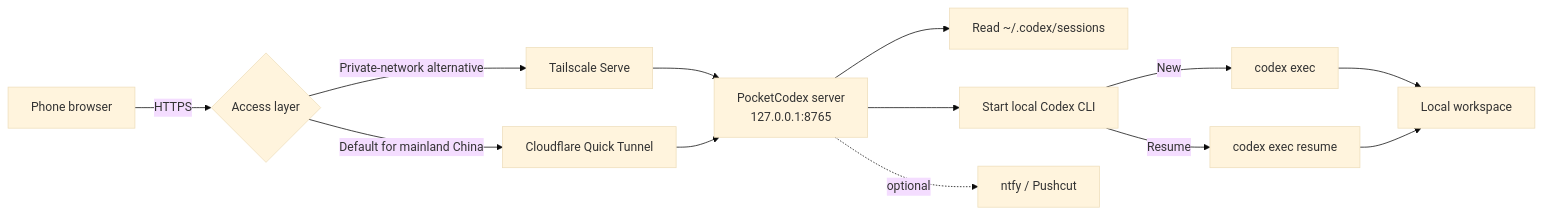
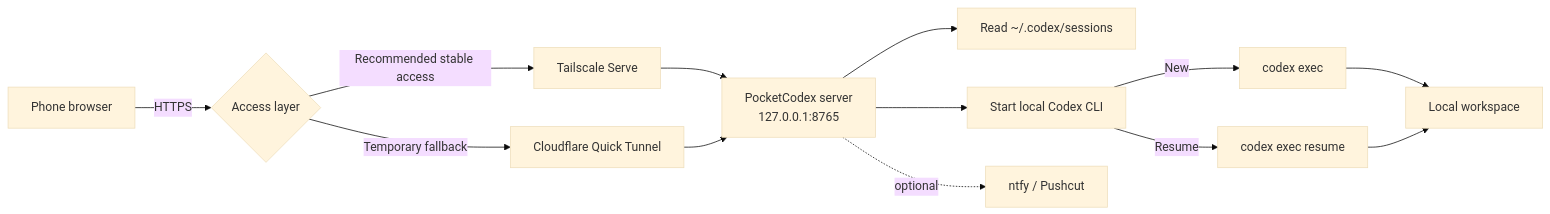
The diagram in README.en.md (wanlixing-dream/Pocket-Codex), drawn with Mermaid (base theme) before and after one commit. The commit also changed other lines of this file and 7 other files, not shown here.

````diff
--- a/README.en.md
+++ b/README.en.md
@@ -34,15 +34,15 @@
 ```mermaid
 flowchart LR
     Phone[Phone browser] -->|HTTPS| Access{Access layer}
-    Access -->|Default for mainland China| CF[Cloudflare Quick Tunnel]
-    Access -->|Private-network alternative| TS[Tailscale Serve]
+    Access -->|Recommended stable access| TS[Tailscale Serve]
+    Access -->|Temporary fallback| CF[Cloudflare Quick Tunnel]
     TS --> Server[PocketCodex server<br/>127.0.0.1:8765]
     CF --> Server
     Server --> Sessions[Read ~/.codex/sessions]
     Server --> Runner[Start local Codex CLI]
     Runner -->|New| New[codex exec]
     Runner -->|Resume| Resume[codex exec resume]
     New --> Workspace[Local workspace]
     Resume --> Workspace
     Server -.optional.-> Notify[ntfy / Pushcut]
 ```
````
